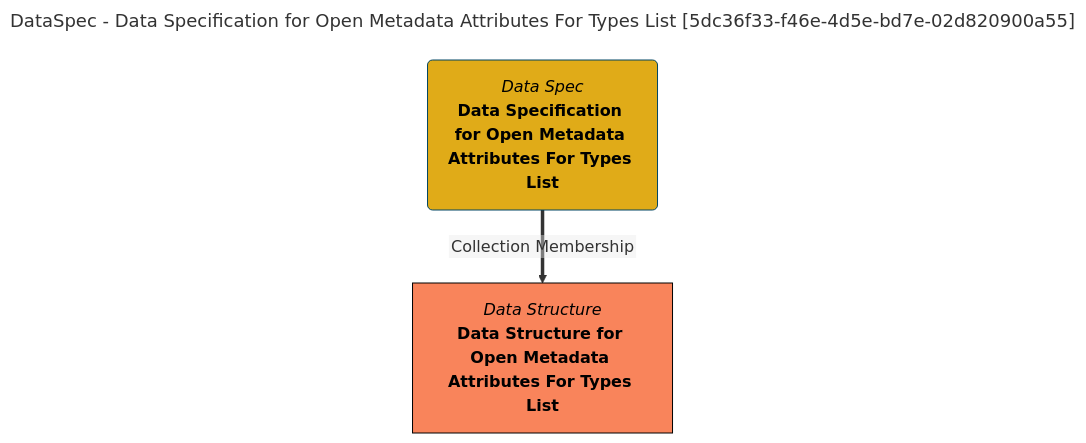
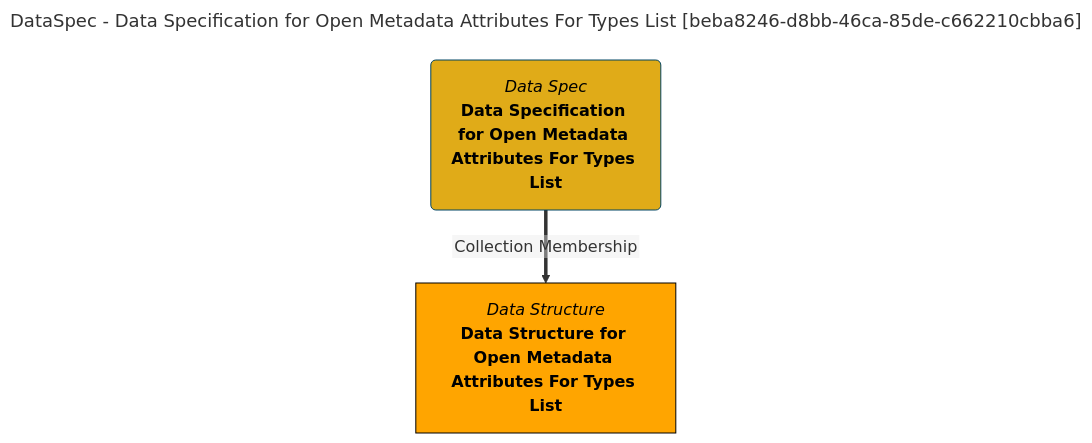
Before and after one commit to odpi/egeria-docs: the diagram in site/snippets/collections/data-specs/data-specification-for-open-metadata-attributes-for-types-list-mermaid-graph.md, drawn with Mermaid. The commit also changed 2201 other files, not shown here.

````diff
--- a/site/snippets/collections/data-specs/data-specification-for-open-metadata-attributes-for-types-list-mermaid-graph.md
+++ b/site/snippets/collections/data-specs/data-specification-for-open-metadata-attributes-for-types-list-mermaid-graph.md
@@ -1,15 +1,15 @@
 ```mermaid
 ---
-title: DataSpec - Data Specification for Open Metadata Attributes For Types List [5dc36f33-f46e-4d5e-bd7e-02d820900a55]
+title: DataSpec - Data Specification for Open Metadata Attributes For Types List [beba8246-d8bb-46ca-85de-c662210cbba6]
 ---
 flowchart TD
 %%{init: {"flowchart": {"htmlLabels": false}} }%%
 
 1@{ shape: rounded, label: "*Data Spec*
 **Data Specification for Open Metadata Attributes For Types List**"}
 2@{ shape: rect, label: "*Data Structure*
 **Data Structure for Open Metadata Attributes For Types List**"}
 1==>|"Collection Membership"|2
 style 1 color:#000000, fill:#e0ab18, stroke:#004563
-style 2 color:#000000, fill:#f9845b, stroke:#000000
+style 2 color:#000000, fill:#FFA500, stroke:#000000
 ```
````
